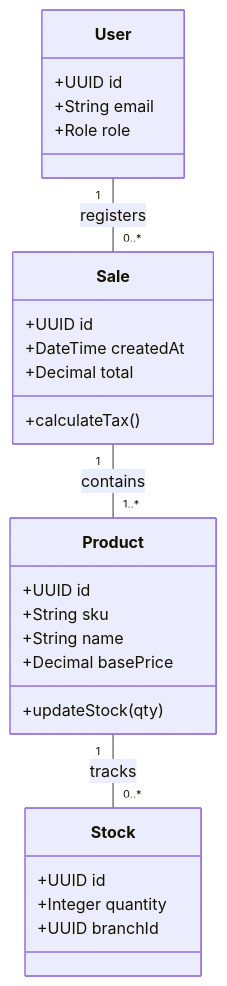
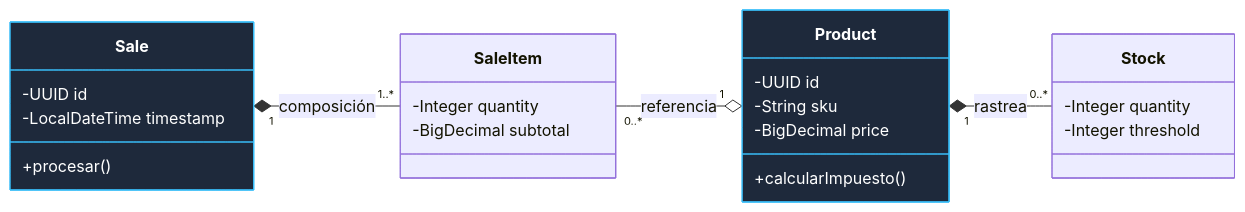
Before and after one commit to HecAguilaV/SIGA: the second of 3 diagrams in docs/technical-room/es/02-LOGICAL-VIEW.mdx, drawn with Mermaid. The commit also changed other lines of this file and 10 other files, not shown here.

Commit message:
docs(tech-room): finalize 4+1 view model with high-fidelity diagrams and semantic monorepo sync

````diff
--- a/docs/technical-room/es/02-LOGICAL-VIEW.mdx
+++ b/docs/technical-room/es/02-LOGICAL-VIEW.mdx
@@ -50,30 +41,30 @@
 ```mermaid
 classDiagram
+    direction LR
     class Product {
-        +UUID id
-        +String sku
-        +String name
-        +Decimal basePrice
-        +updateStock(qty)
+        -UUID id
+        -String sku
+        -BigDecimal price
+        +calcularImpuesto()
     }
     class Sale {
-        +UUID id
-        +DateTime createdAt
-        +Decimal total
-        +calculateTax()
+        -UUID id
+        -LocalDateTime timestamp
+        +procesar()
+    }
+    class SaleItem {
+        -Integer quantity
+        -BigDecimal subtotal
     }
     class Stock {
-        +UUID id
-        +Integer quantity
-        +UUID branchId
-    }
-    class User {
-        +UUID id
-        +String email
-        +Role role
+        -Integer quantity
+        -Integer threshold
     }
     
-    Product "1" -- "0..*" Stock : tracks
-    Sale "1" -- "1..*" Product : contains
-    User "1" -- "0..*" Sale : registers
+    Sale "1" *-- "1..*" SaleItem : composición
+    SaleItem "0..*" --o "1" Product : referencia
+    Product "1" *-- "0..*" Stock : rastrea
+    
+    style Product fill:#1e293b,stroke:#38bdf8,color:#fff
+    style Sale fill:#1e293b,stroke:#38bdf8,color:#fff
 ```
````
